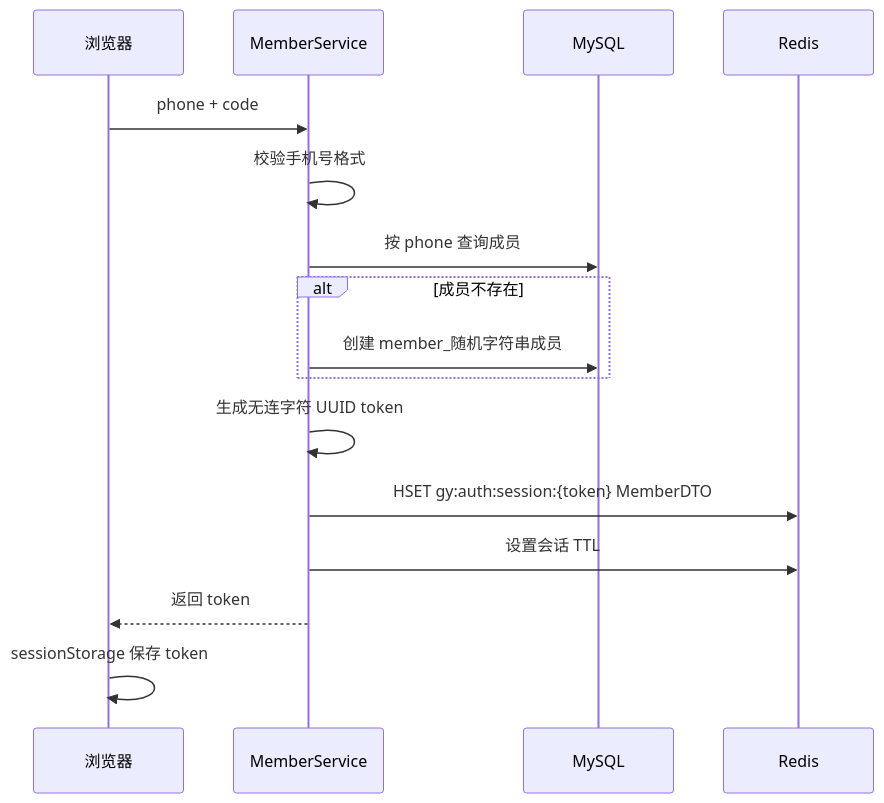
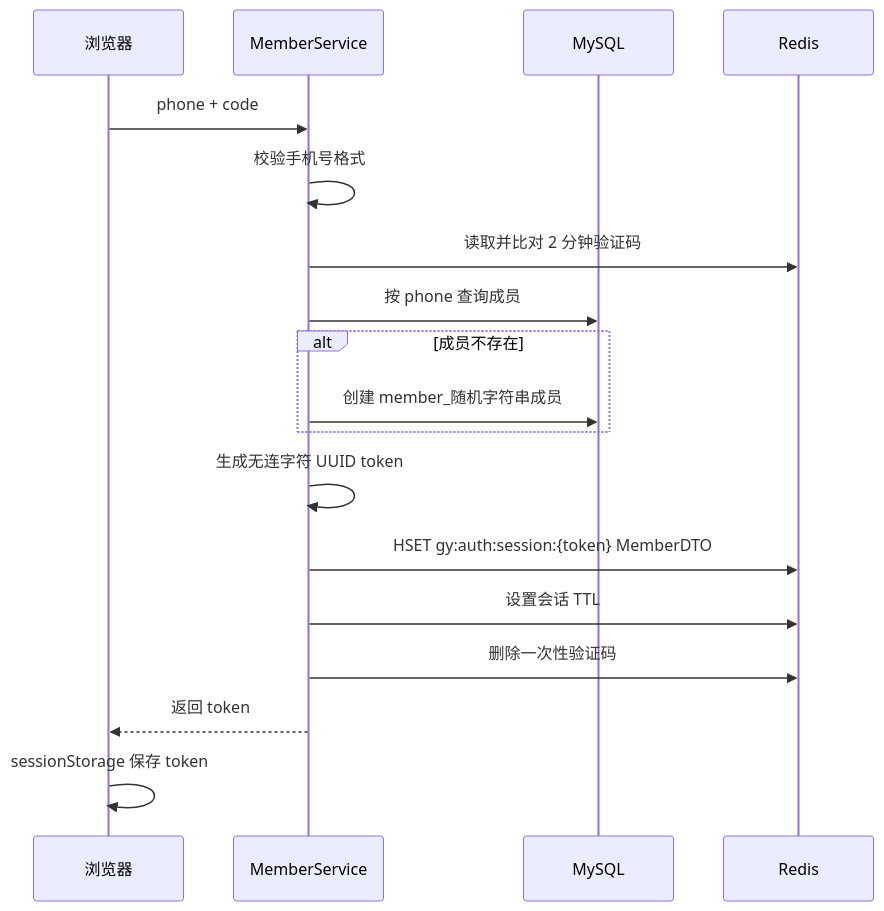
The second of 3 diagrams in gouyu-community/docs/project-summary.md (wxou/redis), drawn with Mermaid before and after one commit. The commit also changed other lines of this file and 9 other files, not shown here.

````diff
--- a/gouyu-community/docs/project-summary.md
+++ b/gouyu-community/docs/project-summary.md
@@ -247,19 +247,21 @@
 ```mermaid
 sequenceDiagram
     participant B as 浏览器
     participant A as MemberService
     participant M as MySQL
     participant R as Redis
 
     B->>A: phone + code
     A->>A: 校验手机号格式
+    A->>R: 读取并比对 2 分钟验证码
     A->>M: 按 phone 查询成员
     alt 成员不存在
         A->>M: 创建 member_随机字符串成员
     end
     A->>A: 生成无连字符 UUID token
     A->>R: HSET gy:auth:session:{token} MemberDTO
     A->>R: 设置会话 TTL
+    A->>R: 删除一次性验证码
     A-->>B: 返回 token
     B->>B: sessionStorage 保存 token
 ```
````
